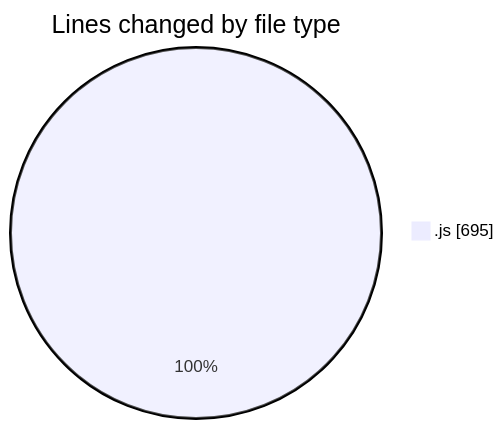
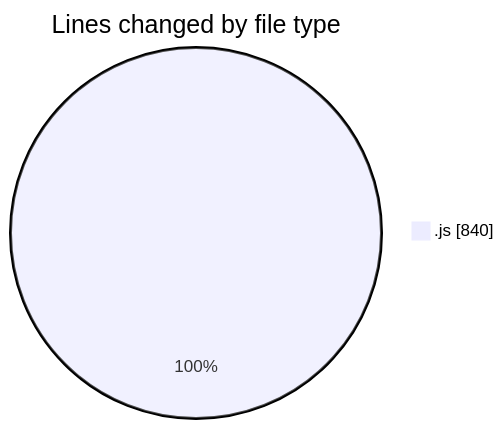
The first of 2 diagrams in 2025-10-16/nxtqube_webapp/README.md (nxtqubesakshisongat/code-tracking), drawn with Mermaid before and after one commit. The commit also changed other lines of this file and 1 other file, not shown here.

````diff
--- a/2025-10-16/nxtqube_webapp/README.md
+++ b/2025-10-16/nxtqube_webapp/README.md
@@ -20,5 +20,5 @@
 ```mermaid
 pie showData
 title Lines changed by file type
-".js" : 695
+".js" : 840
 ```
````
